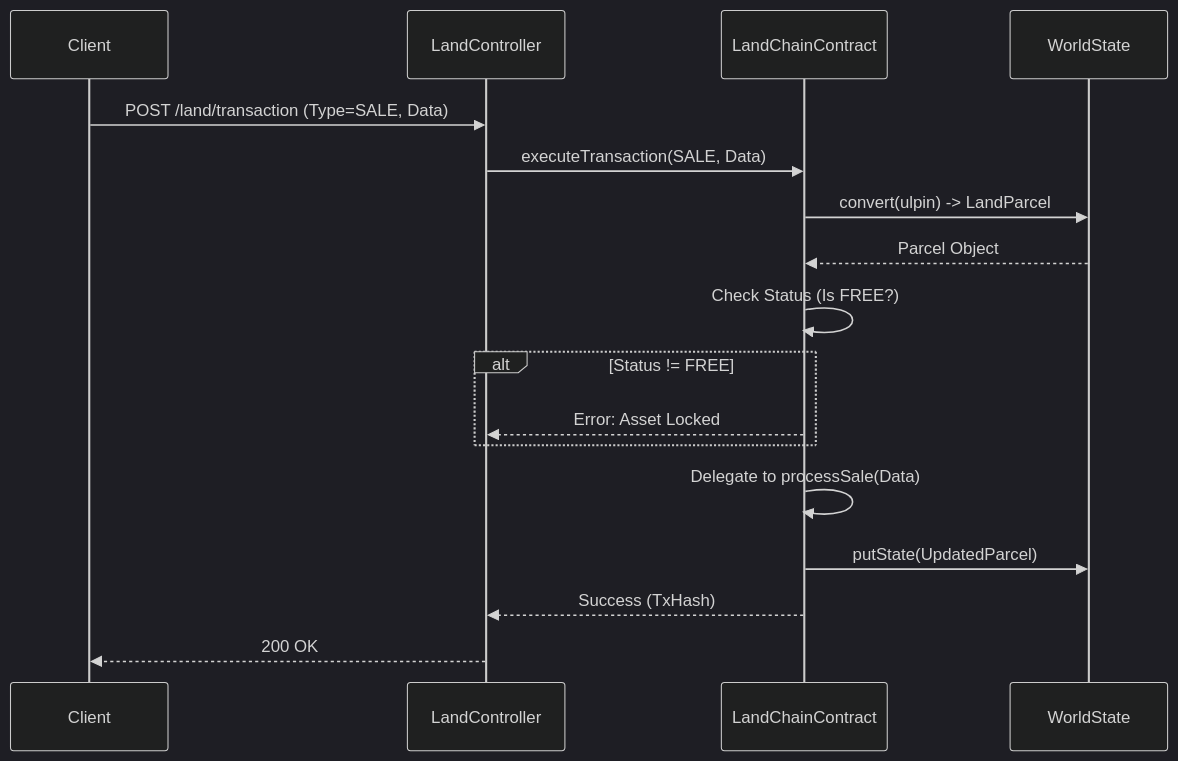
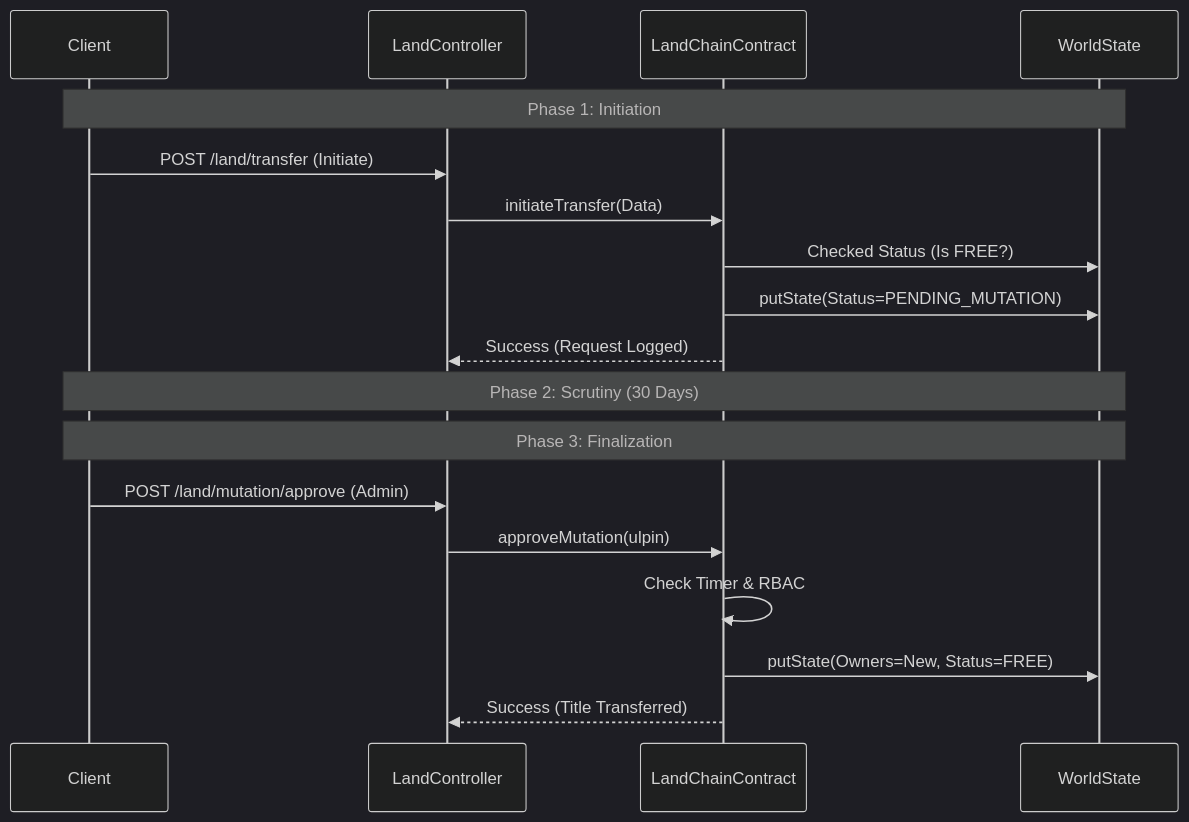
Before and after one commit to chiragthakur09/LandChain: the second of 3 diagrams in docs/architecture.md, drawn with Mermaid (dark theme). The commit also changed other lines of this file and 34 other files, not shown here.

Commit message:
feat: Implement a decoupled, multi-phase land transfer workflow, new administrative dashboards, and spatial data features.

````diff
--- a/docs/architecture.md
+++ b/docs/architecture.md
@@ -69,22 +69,23 @@
 ```mermaid
 sequenceDiagram
     participant Client
     participant API as LandController
     participant Chaincode as LandChainContract
     participant State as WorldState
 
-    Client->>API: POST /land/transaction (Type=SALE, Data)
-    API->>Chaincode: executeTransaction(SALE, Data)
-    Chaincode->>State: convert(ulpin) -> LandParcel
-    State-->>Chaincode: Parcel Object
+    Note over Client, State: Phase 1: Initiation
+    Client->>API: POST /land/transfer (Initiate)
+    API->>Chaincode: initiateTransfer(Data)
+    Chaincode->>State: Checked Status (Is FREE?)
+    Chaincode->>State: putState(Status=PENDING_MUTATION)
+    Chaincode-->>API: Success (Request Logged)
+
+    Note over Client, State: Phase 2: Scrutiny (30 Days)
     
-    Chaincode->>Chaincode: Check Status (Is FREE?)
-    alt Status != FREE
-        Chaincode-->>API: Error: Asset Locked
-    end
-
-    Chaincode->>Chaincode: Delegate to processSale(Data)
-    Chaincode->>State: putState(UpdatedParcel)
-    Chaincode-->>API: Success (TxHash)
-    API-->>Client: 200 OK
+    Note over Client, State: Phase 3: Finalization
+    Client->>API: POST /land/mutation/approve (Admin)
+    API->>Chaincode: approveMutation(ulpin)
+    Chaincode->>Chaincode: Check Timer & RBAC
+    Chaincode->>State: putState(Owners=New, Status=FREE)
+    Chaincode-->>API: Success (Title Transferred)
 ```
````
